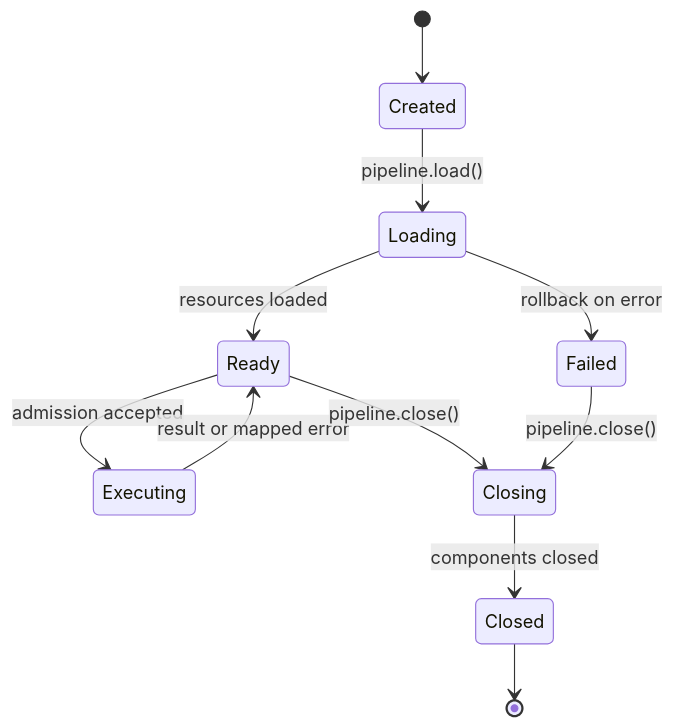
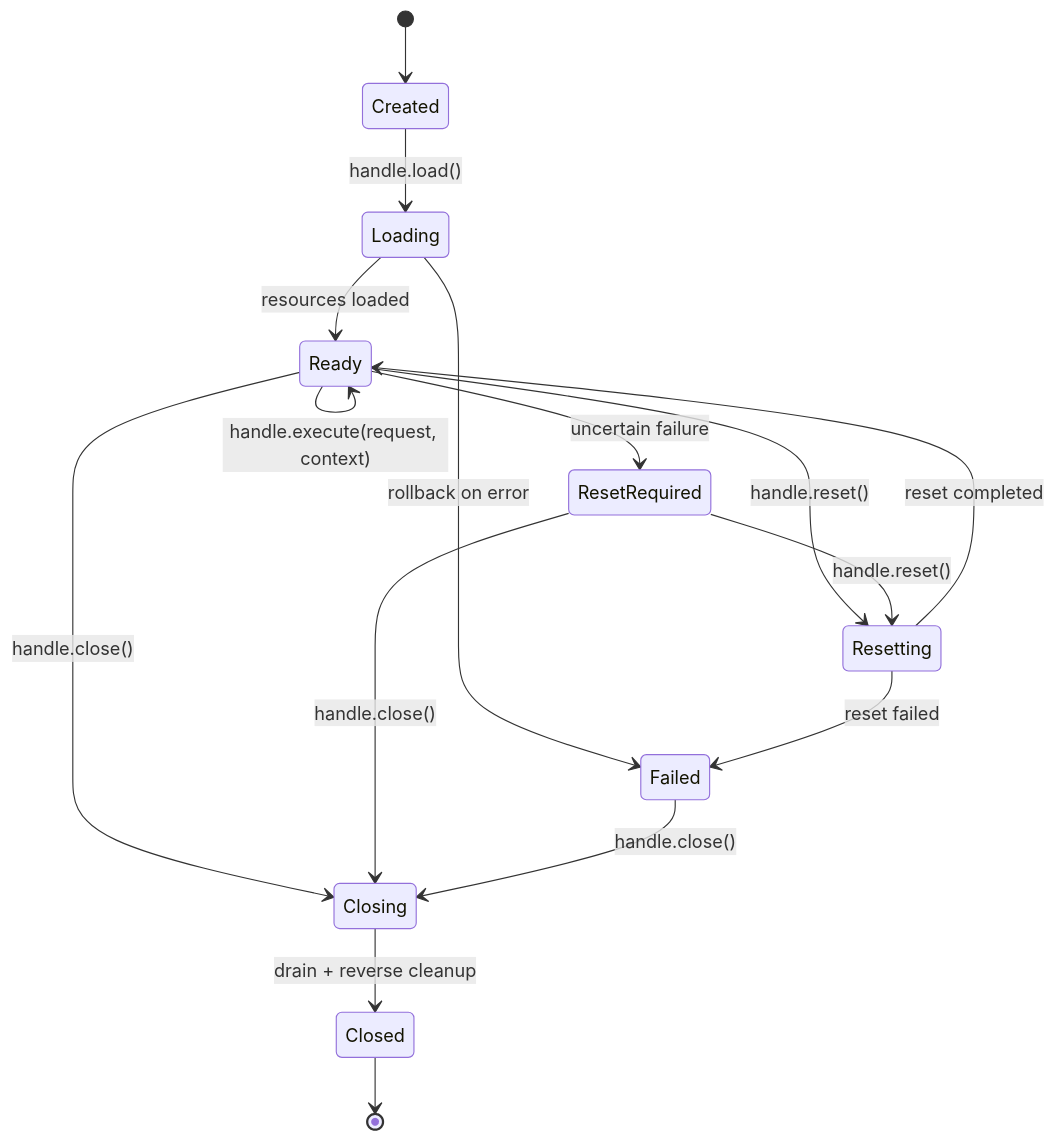
Before and after one commit to StoneStar-Aiknow/IB_Robot: the ninth of 9 diagrams in docs/unify.md, drawn with Mermaid. The commit also changed other lines of this file and 204 other files, not shown here.

````diff
--- a/docs/unify.md
+++ b/docs/unify.md
@@ -395,13 +401,18 @@
 ```mermaid
 stateDiagram-v2
     [*] --> Created
-    Created --> Loading: pipeline.load()
+    Created --> Loading: handle.load()
     Loading --> Ready: resources loaded
     Loading --> Failed: rollback on error
-    Ready --> Executing: admission accepted
-    Executing --> Ready: result or mapped error
-    Ready --> Closing: pipeline.close()
-    Failed --> Closing: pipeline.close()
-    Closing --> Closed: components closed
+    Ready --> Ready: handle.execute(request, context)
+    Ready --> ResetRequired: uncertain failure
+    Ready --> Resetting: handle.reset()
+    ResetRequired --> Resetting: handle.reset()
+    Resetting --> Ready: reset completed
+    Resetting --> Failed: reset failed
+    Ready --> Closing: handle.close()
+    ResetRequired --> Closing: handle.close()
+    Failed --> Closing: handle.close()
+    Closing --> Closed: drain + reverse cleanup
     Closed --> [*]
 ```
````
